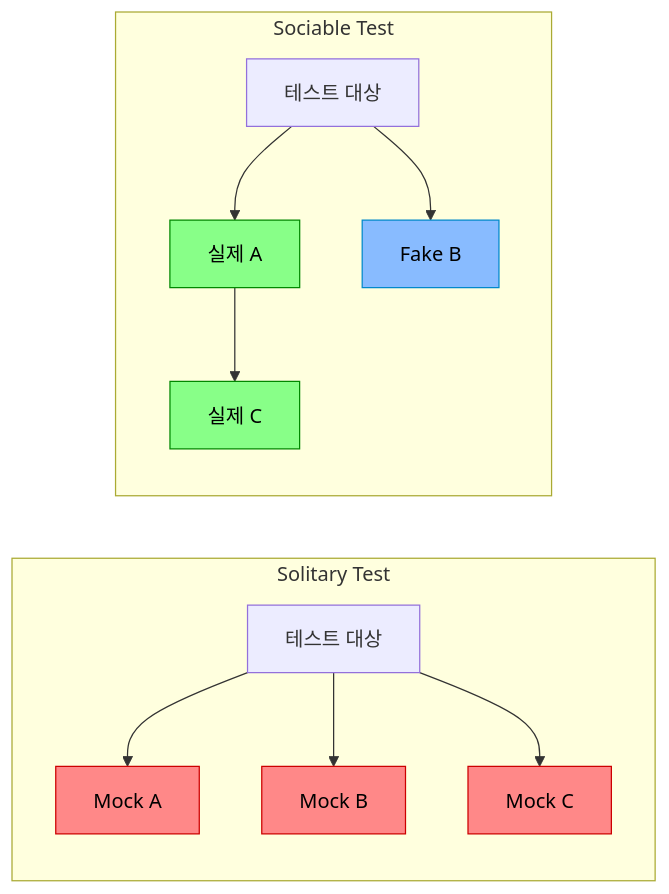
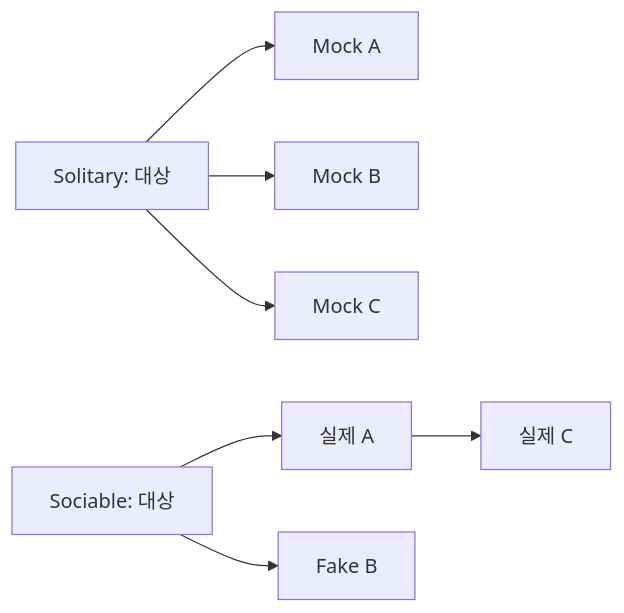
Before and after one commit to yjkim2015/yjkim2015.github.io: the third of 3 diagrams in _posts/test/2026-05-03-test-doubles.md, drawn with Mermaid. The commit also changed other lines of this file and 215 other files, not shown here.

First line of the commit message:
신규 포스트 10개 추가 + Mermaid 전면 축소 + SystemDesign 시리즈 보강

````diff
--- a/_posts/test/2026-05-03-test-doubles.md
+++ b/_posts/test/2026-05-03-test-doubles.md
@@ -477,21 +475,9 @@
 ```mermaid
 graph LR
-    subgraph "Solitary Test"
-        S1["테스트 대상"] --> SM1["Mock A"]
-        S1 --> SM2["Mock B"]
-        S1 --> SM3["Mock C"]
-    end
-
-    subgraph "Sociable Test"
-        T1["테스트 대상"] --> R1["실제 A"]
-        T1 --> R2["Fake B"]
-        R1 --> R3["실제 C"]
-    end
-
-    style SM1 fill:#f88,stroke:#c00,color:#000
-    style SM2 fill:#f88,stroke:#c00,color:#000
-    style SM3 fill:#f88,stroke:#c00,color:#000
-    style R1 fill:#8f8,stroke:#080,color:#000
-    style R2 fill:#8bf,stroke:#08c,color:#000
-    style R3 fill:#8f8,stroke:#080,color:#000
+    S1["Solitary: 대상"] --> SM1["Mock A"]
+    S1 --> SM2["Mock B"]
+    S1 --> SM3["Mock C"]
+    T1["Sociable: 대상"] --> R1["실제 A"]
+    T1 --> R2["Fake B"]
+    R1 --> R3["실제 C"]
 ```
````
